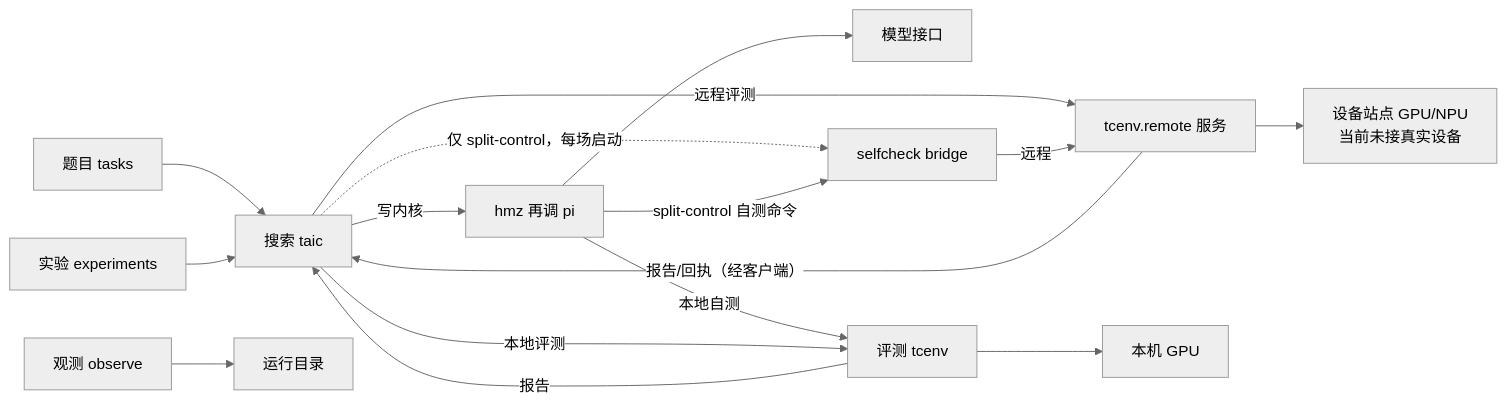
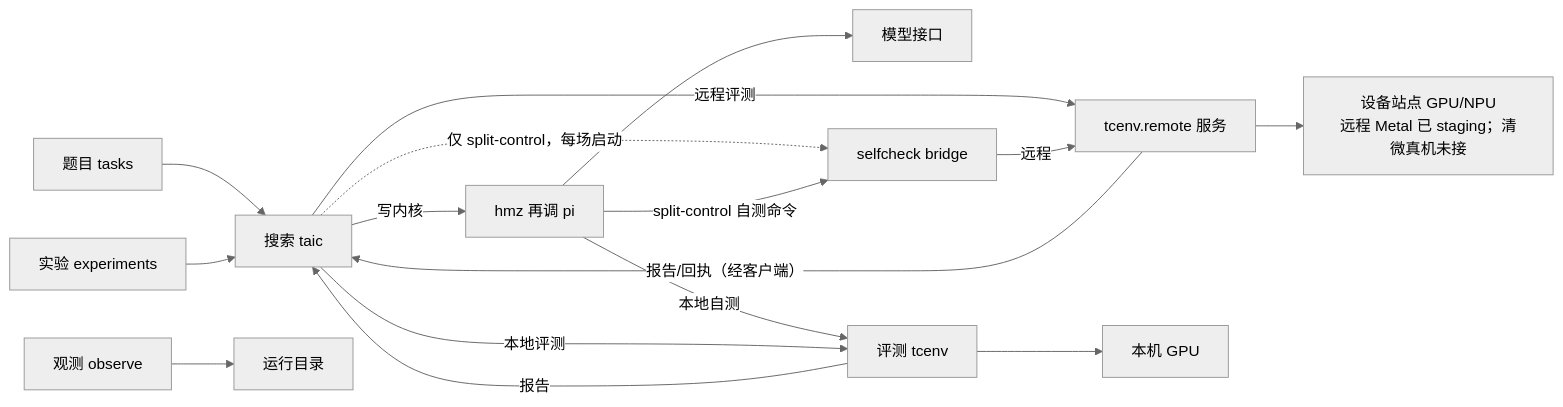
Before and after one commit to kuafuwang/ShapeForge: the fourth of 5 diagrams in docs/架构说明.md, drawn with Mermaid (neutral theme). The commit also changed other lines of this file and 31 other files, not shown here.

````diff
--- a/docs/架构说明.md
+++ b/docs/架构说明.md
@@ -276,18 +276,18 @@
 ```mermaid
 flowchart LR
   tasks["题目 tasks"] --> taic["搜索 taic"]
   taic -->|"写内核"| hmz["hmz 再调 pi"]
   hmz --> llm["模型接口"]
   taic -.->|"仅 split-control，每场启动"| bridge["selfcheck bridge"]
   hmz -->|"本地自测"| tcenv["评测 tcenv"]
   hmz -->|"split-control 自测命令"| bridge
   taic -->|"本地评测"| tcenv
   taic -->|"远程评测"| remote["tcenv.remote 服务"]
   bridge -->|"远程"| remote
   tcenv -->|"报告"| taic
   tcenv --> gpu["本机 GPU"]
   remote -->|"报告/回执（经客户端）"| taic
-  remote --> gpu2["设备站点 GPU/NPU<br/>当前未接真实设备"]
+  remote --> gpu2["设备站点 GPU/NPU<br/>远程 Metal 已 staging；清微真机未接"]
   experiments["实验 experiments"] --> taic
   observe["观测 observe"] --> runs["运行目录"]
 ```
````
